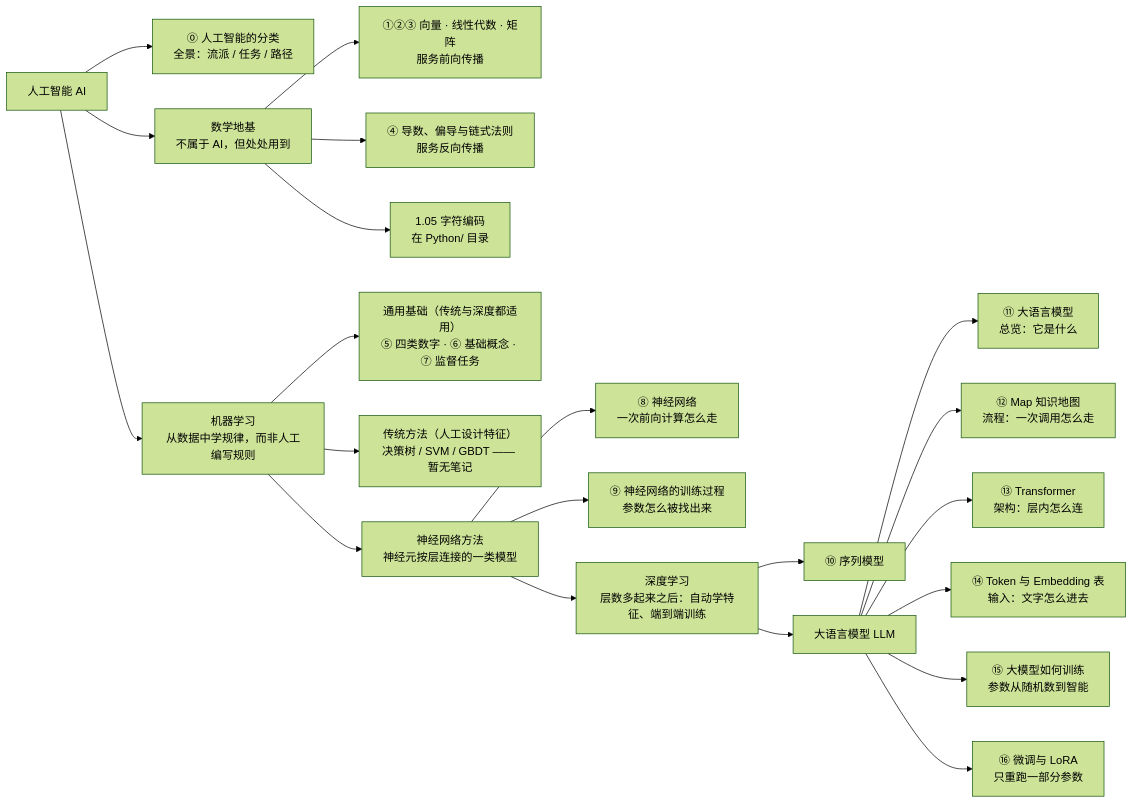
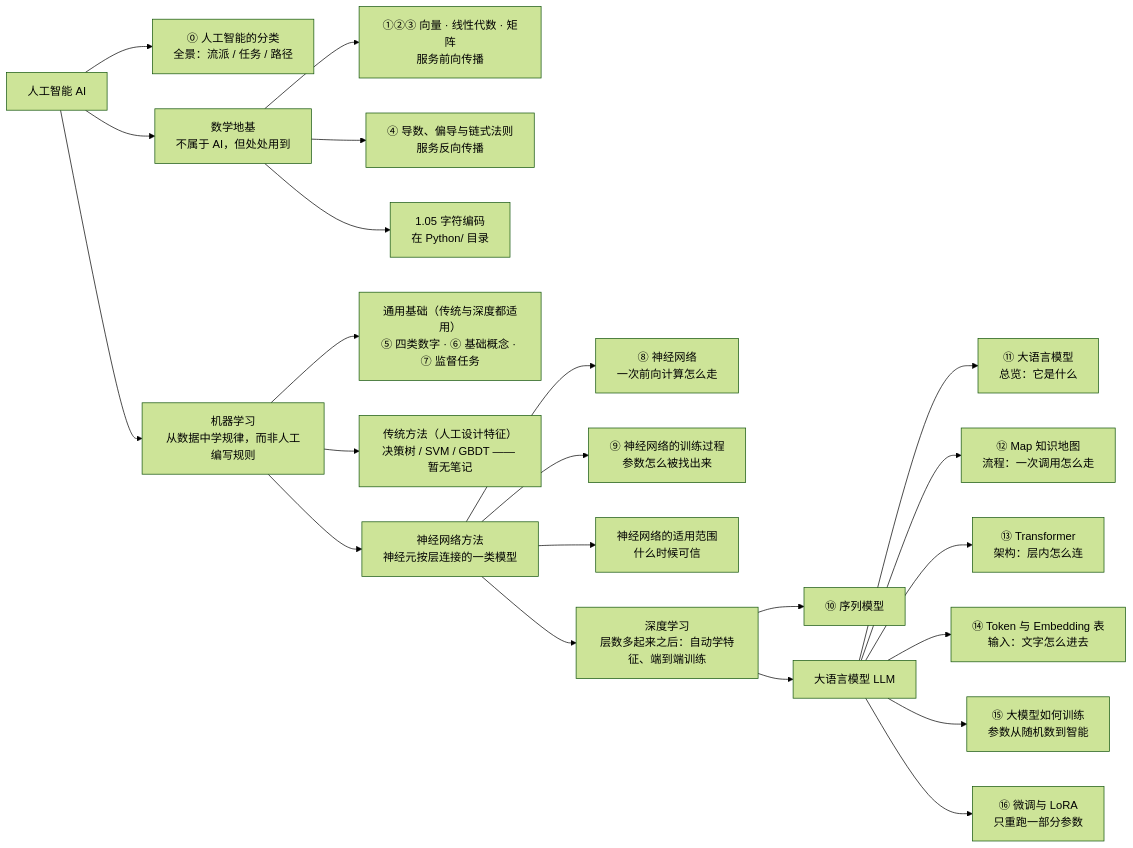
The diagram in Marauder'sMap/Library/AI/Index.md (YuArtian/maraudersmap), drawn with Mermaid (forest theme) before and after one commit. The commit also changed other lines of this file and 3 other files, not shown here.

````diff
--- a/Marauder'sMap/Library/AI/Index.md
+++ b/Marauder'sMap/Library/AI/Index.md
@@ -59,29 +60,30 @@
 ```mermaid
 flowchart LR
     AI["人工智能 AI"]
     AI --> Z["⓪ 人工智能的分类<br/>全景：流派 / 任务 / 路径"]
     AI --> M["数学地基<br/>不属于 AI，但处处用到"]
     AI --> ML["机器学习<br/>从数据中学规律，而非人工编写规则"]
 
     M --> M1["①②③ 向量 · 线性代数 · 矩阵<br/>服务前向传播"]
     M --> M2["④ 导数、偏导与链式法则<br/>服务反向传播"]
     M --> M3["1.05 字符编码<br/>在 Python/ 目录"]
 
     ML --> B["通用基础（传统与深度都适用）<br/>⑤ 四类数字 · ⑥ 基础概念 · ⑦ 监督任务"]
     ML --> T["传统方法（人工设计特征）<br/>决策树 / SVM / GBDT —— 暂无笔记"]
     ML --> NN["神经网络方法<br/>神经元按层连接的一类模型"]
 
     NN --> N1["⑧ 神经网络<br/>一次前向计算怎么走"]
     NN --> N2["⑨ 神经网络的训练过程<br/>参数怎么被找出来"]
+    NN --> N3["神经网络的适用范围<br/>什么时候可信"]
     NN --> DL["深度学习<br/>层数多起来之后：自动学特征、端到端训练"]
 
     DL --> S["⑩ 序列模型"]
     DL --> LLM["大语言模型 LLM"]
 
     LLM --> L1["⑪ 大语言模型<br/>总览：它是什么"]
     LLM --> L2["⑫ Map 知识地图<br/>流程：一次调用怎么走"]
     LLM --> L3["⑬ Transformer<br/>架构：层内怎么连"]
     LLM --> L4["⑭ Token 与 Embedding 表<br/>输入：文字怎么进去"]
     LLM --> L5["⑮ 大模型如何训练<br/>参数从随机数到智能"]
     LLM --> L6["⑯ 微调与 LoRA<br/>只重跑一部分参数"]
 ```
````
